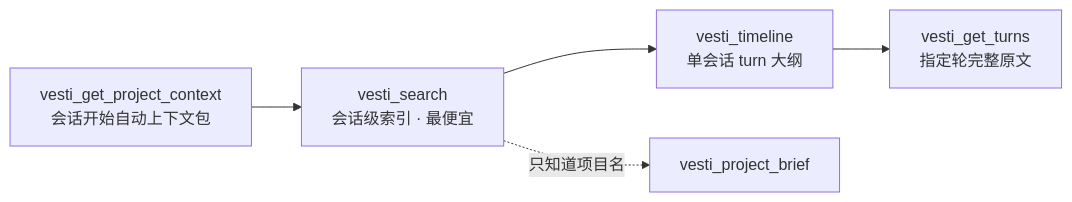
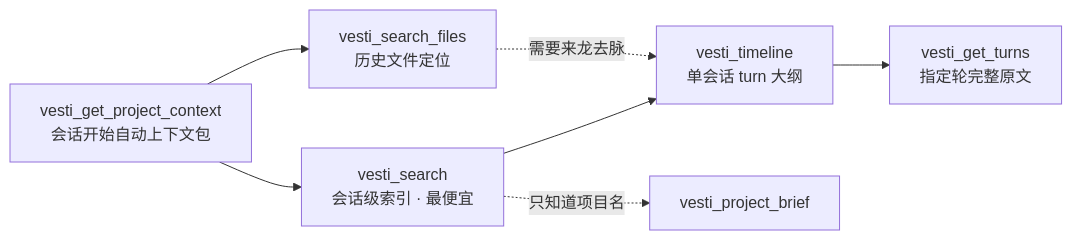
One commit to firefly-hefeng/VESTI-SKILLS changed the diagram in README.md. Above: the diagram before and after it, drawn with Mermaid. The commit also changed other lines of this file and 19 other files, not shown here.

````diff
--- a/README.md
+++ b/README.md
@@ -39,7 +40,9 @@
 ```mermaid
 flowchart LR
     A["vesti_get_project_context<br/>会话开始自动上下文包"] --> B["vesti_search<br/>会话级索引 · 最便宜"]
+    A --> F["vesti_search_files<br/>历史文件定位"]
     B --> C["vesti_timeline<br/>单会话 turn 大纲"]
+    F -.需要来龙去脉.-> C
     C --> D["vesti_get_turns<br/>指定轮完整原文"]
     B -.只知道项目名.-> E["vesti_project_brief"]
 ```
````
